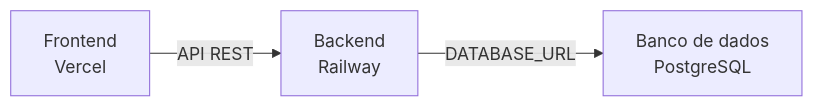
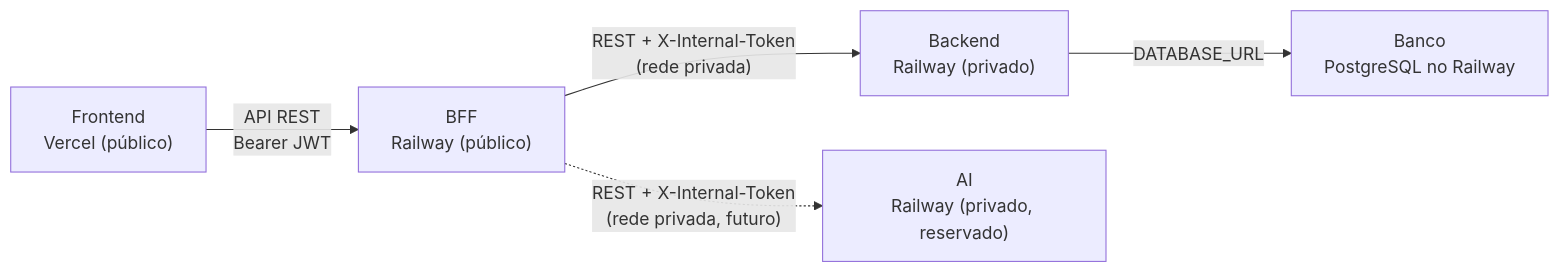
One commit to fga-eps-mds/2026-1-AnatoQuizUp-Doc changed the diagram in docs/arquitetura/visoes/implantacao.md. Above: the diagram before and after it, drawn with Mermaid. The commit also changed other lines of this file and 14 other files, not shown here.

````diff
--- a/docs/arquitetura/visoes/implantacao.md
+++ b/docs/arquitetura/visoes/implantacao.md
@@ -13,9 +9,13 @@
 ```mermaid
 flowchart LR
-    frontend["Frontend<br/>Vercel"]
-    backend["Backend<br/>Railway"]
-    banco["Banco de dados<br/>PostgreSQL"]
+    frontend["Frontend<br/>Vercel (público)"]
+    bff["BFF<br/>Railway (público)"]
+    backend["Backend<br/>Railway (privado)"]
+    ai["AI<br/>Railway (privado, reservado)"]
+    banco["Banco<br/>PostgreSQL no Railway"]
 
-    frontend -->|"API REST"| backend
+    frontend -->|"API REST<br/>Bearer JWT"| bff
+    bff -->|"REST + X-Internal-Token<br/>(rede privada)"| backend
+    bff -.->|"REST + X-Internal-Token<br/>(rede privada, futuro)"| ai
     backend -->|"DATABASE_URL"| banco
 ```
````
